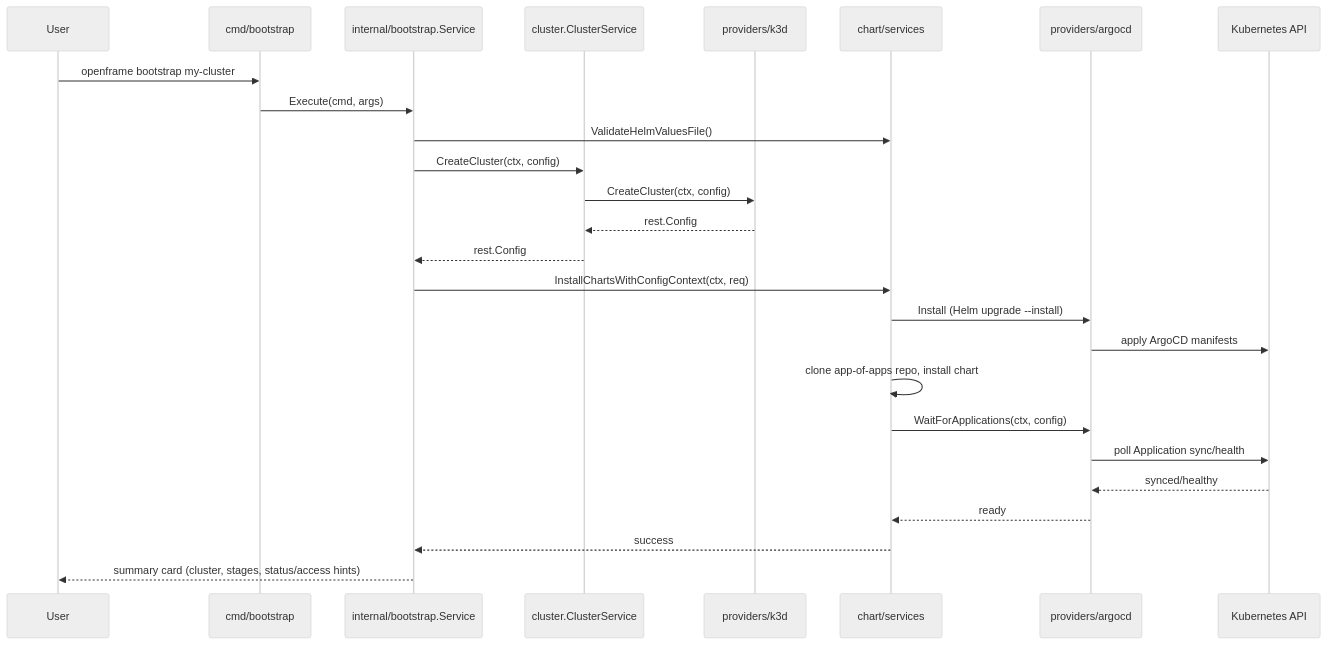
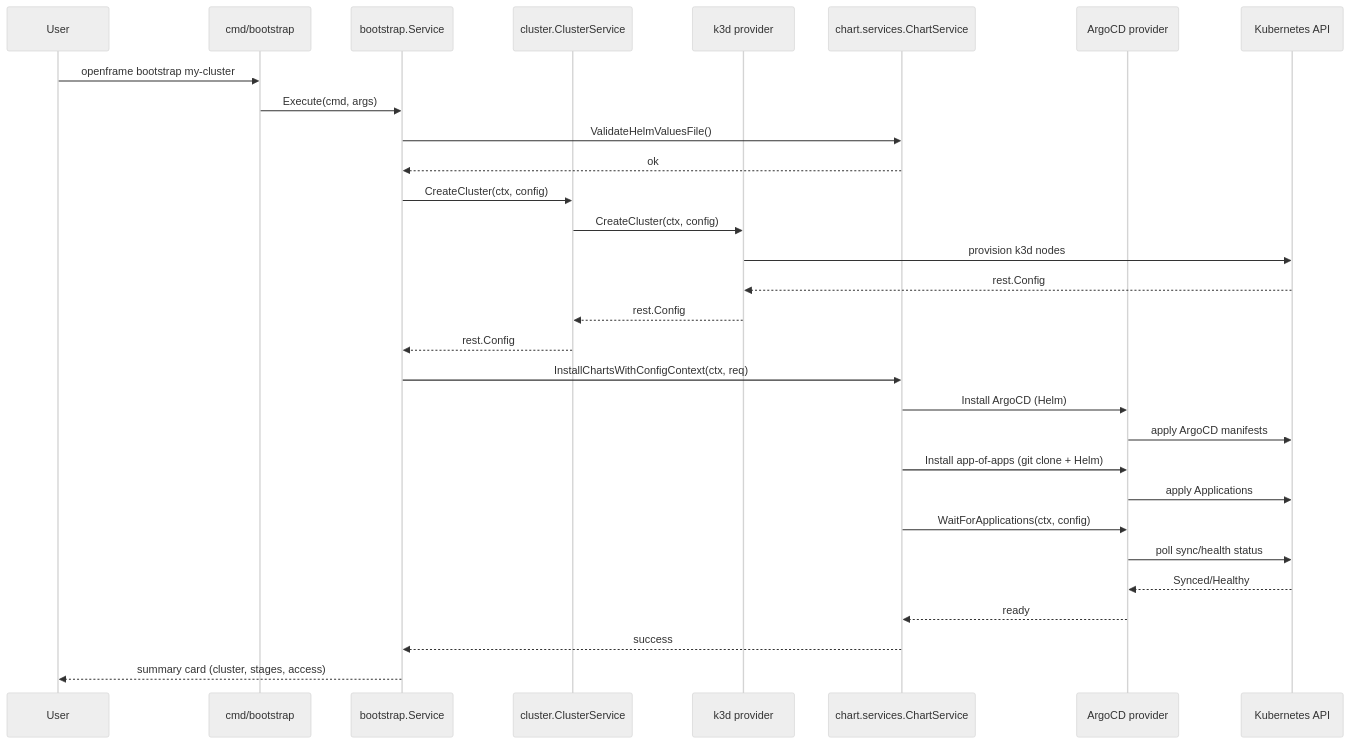
One commit to flamingo-stack/openframe-cli changed the diagram in docs/diagrams/architecture/bootstrap-sequence.mmd. Above: the diagram before and after it, drawn with Mermaid (neutral theme). The commit also changed 223 other files, not shown here.

```diff
--- a/docs/diagrams/architecture/bootstrap-sequence.mmd
+++ b/docs/diagrams/architecture/bootstrap-sequence.mmd
@@ -1,27 +1,31 @@
 sequenceDiagram
     participant User
-    participant CmdBootstrap as cmd/bootstrap
-    participant BootstrapSvc as internal/bootstrap.Service
-    participant ClusterSvc as cluster.ClusterService
-    participant K3dProvider as providers/k3d
-    participant ChartSvc as chart/services
-    participant ArgoCD as providers/argocd
-    participant K8sAPI as Kubernetes API
+    participant CLI as cmd/bootstrap
+    participant BS as bootstrap.Service
+    participant CS as cluster.ClusterService
+    participant Provider as k3d provider
+    participant Chart as chart.services.ChartService
+    participant Argo as ArgoCD provider
+    participant K8s as Kubernetes API
 
-    User->>CmdBootstrap: openframe bootstrap my-cluster
-    CmdBootstrap->>BootstrapSvc: Execute(cmd, args)
-    BootstrapSvc->>ChartSvc: ValidateHelmValuesFile()
-    BootstrapSvc->>ClusterSvc: CreateCluster(ctx, config)
-    ClusterSvc->>K3dProvider: CreateCluster(ctx, config)
-    K3dProvider-->>ClusterSvc: rest.Config
-    ClusterSvc-->>BootstrapSvc: rest.Config
-    BootstrapSvc->>ChartSvc: InstallChartsWithConfigContext(ctx, req)
-    ChartSvc->>ArgoCD: Install (Helm upgrade --install)
-    ArgoCD->>K8sAPI: apply ArgoCD manifests
-    ChartSvc->>ChartSvc: clone app-of-apps repo, install chart
-    ChartSvc->>ArgoCD: WaitForApplications(ctx, config)
-    ArgoCD->>K8sAPI: poll Application sync/health
-    K8sAPI-->>ArgoCD: synced/healthy
-    ArgoCD-->>ChartSvc: ready
-    ChartSvc-->>BootstrapSvc: success
-    BootstrapSvc-->>User: summary card (cluster, stages, status/access hints)
+    User->>CLI: openframe bootstrap my-cluster
+    CLI->>BS: Execute(cmd, args)
+    BS->>Chart: ValidateHelmValuesFile()
+    Chart-->>BS: ok
+    BS->>CS: CreateCluster(ctx, config)
+    CS->>Provider: CreateCluster(ctx, config)
+    Provider->>K8s: provision k3d nodes
+    K8s-->>Provider: rest.Config
+    Provider-->>CS: rest.Config
+    CS-->>BS: rest.Config
+    BS->>Chart: InstallChartsWithConfigContext(ctx, req)
+    Chart->>Argo: Install ArgoCD (Helm)
+    Argo->>K8s: apply ArgoCD manifests
+    Chart->>Argo: Install app-of-apps (git clone + Helm)
+    Argo->>K8s: apply Applications
+    Chart->>Argo: WaitForApplications(ctx, config)
+    Argo->>K8s: poll sync/health status
+    K8s-->>Argo: Synced/Healthy
+    Argo-->>Chart: ready
+    Chart-->>BS: success
+    BS-->>User: summary card (cluster, stages, access)
```
